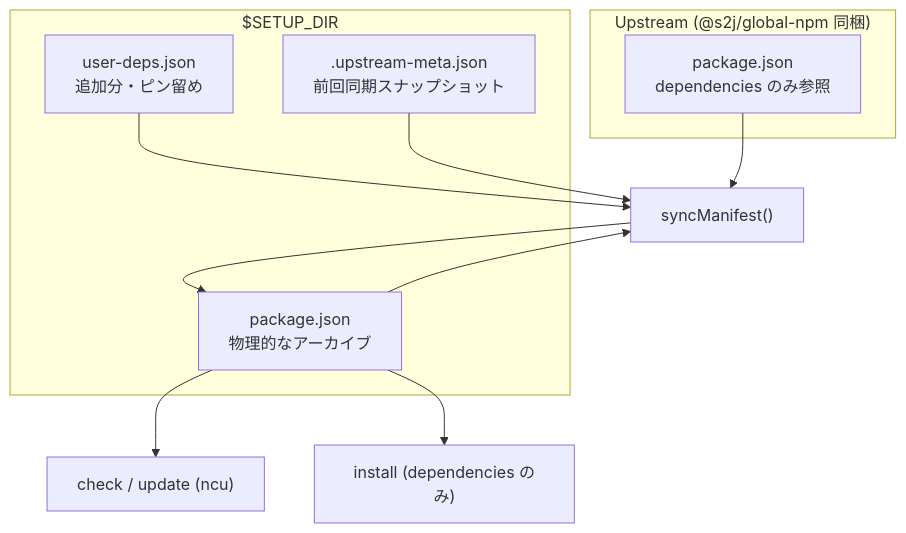
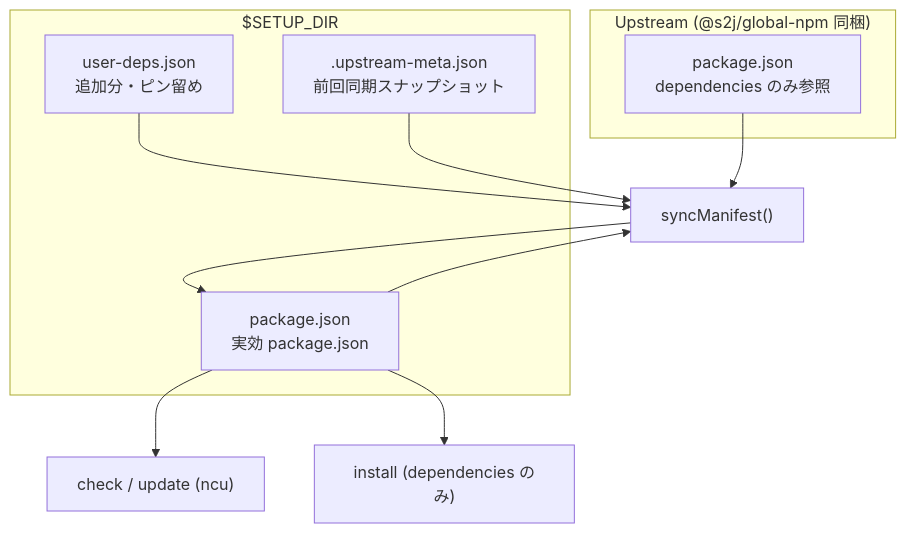
One commit to stein2nd/global-npm-setup changed the first of 8 diagrams in docsMod/mod-overlay-manifest.md. Above: the diagram before and after it, drawn with Mermaid. The commit also changed other lines of this file, not shown here.

````diff
--- a/docsMod/mod-overlay-manifest.md
+++ b/docsMod/mod-overlay-manifest.md
@@ -37,21 +37,21 @@
 ```mermaid
 flowchart TB
   subgraph upstream ["Upstream (@s2j/global-npm 同梱)"]
     U_PKG["package.json<br/>dependencies のみ参照"]
   end
 
   subgraph setup ["$SETUP_DIR"]
     USER["user-deps.json<br/>追加分・ピン留め"]
     META[".upstream-meta.json<br/>前回同期スナップショット"]
-    MAT["package.json<br/>物理的なアーカイブ"]
+    MAT["package.json<br/>実効 package.json"]
   end
 
   U_PKG --> SYNC
   USER --> SYNC
   META --> SYNC
   MAT --> SYNC
   SYNC["syncManifest()"] --> MAT
 
   MAT --> CHECK["check / update (ncu)"]
   MAT --> INSTALL["install (dependencies のみ)"]
 ```
````
